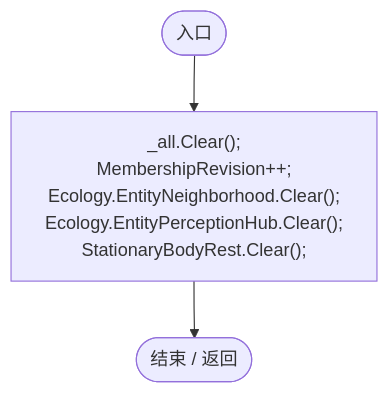
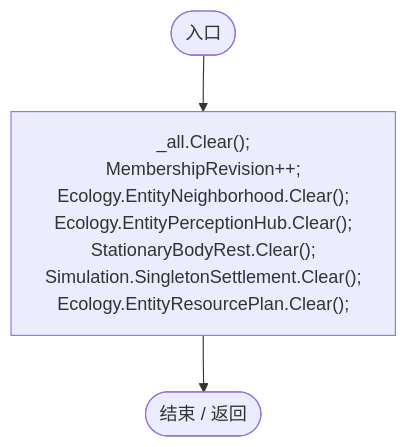
One commit to xhs6666/Darwin_paradise changed the sixth of 6 diagrams in Docs/运行流程图/脚本/2093aaf08559c9f2.md. Above: the diagram before and after it, drawn with Mermaid. The commit also changed other lines of this file and 233 other files, not shown here.

Commit message:
feat: add resumable entity plans and optimize simulation workloads

````diff
--- a/Docs/运行流程图/脚本/2093aaf08559c9f2.md
+++ b/Docs/运行流程图/脚本/2093aaf08559c9f2.md
@@ -156,9 +158,9 @@
 ```mermaid
 flowchart TD
   b0(["入口"])
-  b1["_all.Clear();<br/>MembershipRevision++;<br/>Ecology.EntityNeighborhood.Clear();<br/>Ecology.EntityPerceptionHub.Clear();<br/>StationaryBodyRest.Clear();"]
+  b1["_all.Clear();<br/>MembershipRevision++;<br/>Ecology.EntityNeighborhood.Clear();<br/>Ecology.EntityPerceptionHub.Clear();<br/>StationaryBodyRest.Clear();<br/>Simulation.SingletonSettlement.Clear();<br/>Ecology.EntityResourcePlan.Clear();"]
   b2(["结束 / 返回"])
   b0 --> b1
   b1 --> b2
 
 ```
````
